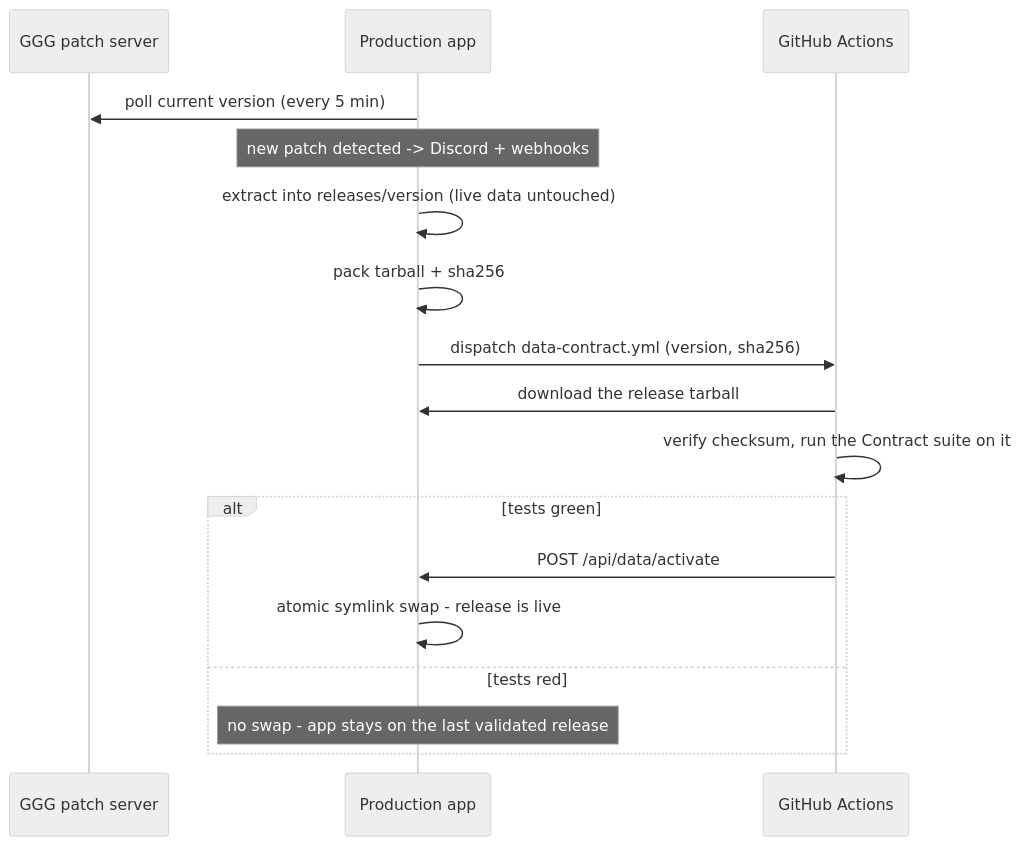
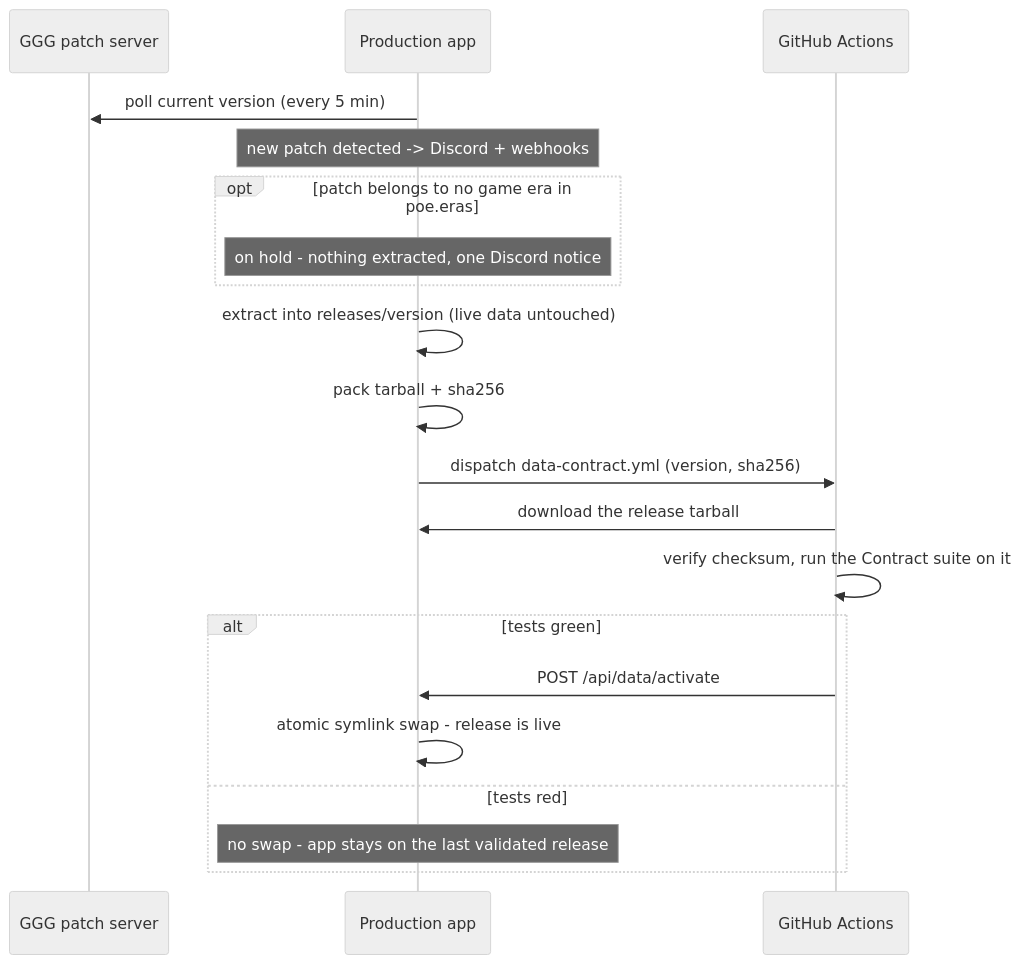
One commit to rajtik76/exile2exile changed the diagram in README.md. Above: the diagram before and after it, drawn with Mermaid (neutral theme). The commit also changed other lines of this file and 1 other file, not shown here.

Commit message:
docs(game-data): document game eras

````diff
--- a/README.md
+++ b/README.md
@@ -81,20 +81,23 @@
 ```mermaid
 sequenceDiagram
     participant GGG as GGG patch server
     participant App as Production app
     participant CI as GitHub Actions
 
     App->>GGG: poll current version (every 5 min)
     Note over App: new patch detected -> Discord + webhooks
+    opt patch belongs to no game era in poe.eras
+        Note over App: on hold - nothing extracted, one Discord notice
+    end
     App->>App: extract into releases/version (live data untouched)
     App->>App: pack tarball + sha256
     App->>CI: dispatch data-contract.yml (version, sha256)
     CI->>App: download the release tarball
     CI->>CI: verify checksum, run the Contract suite on it
     alt tests green
         CI->>App: POST /api/data/activate
         App->>App: atomic symlink swap - release is live
     else tests red
         Note over App: no swap - app stays on the last validated release
     end
 ```
````
